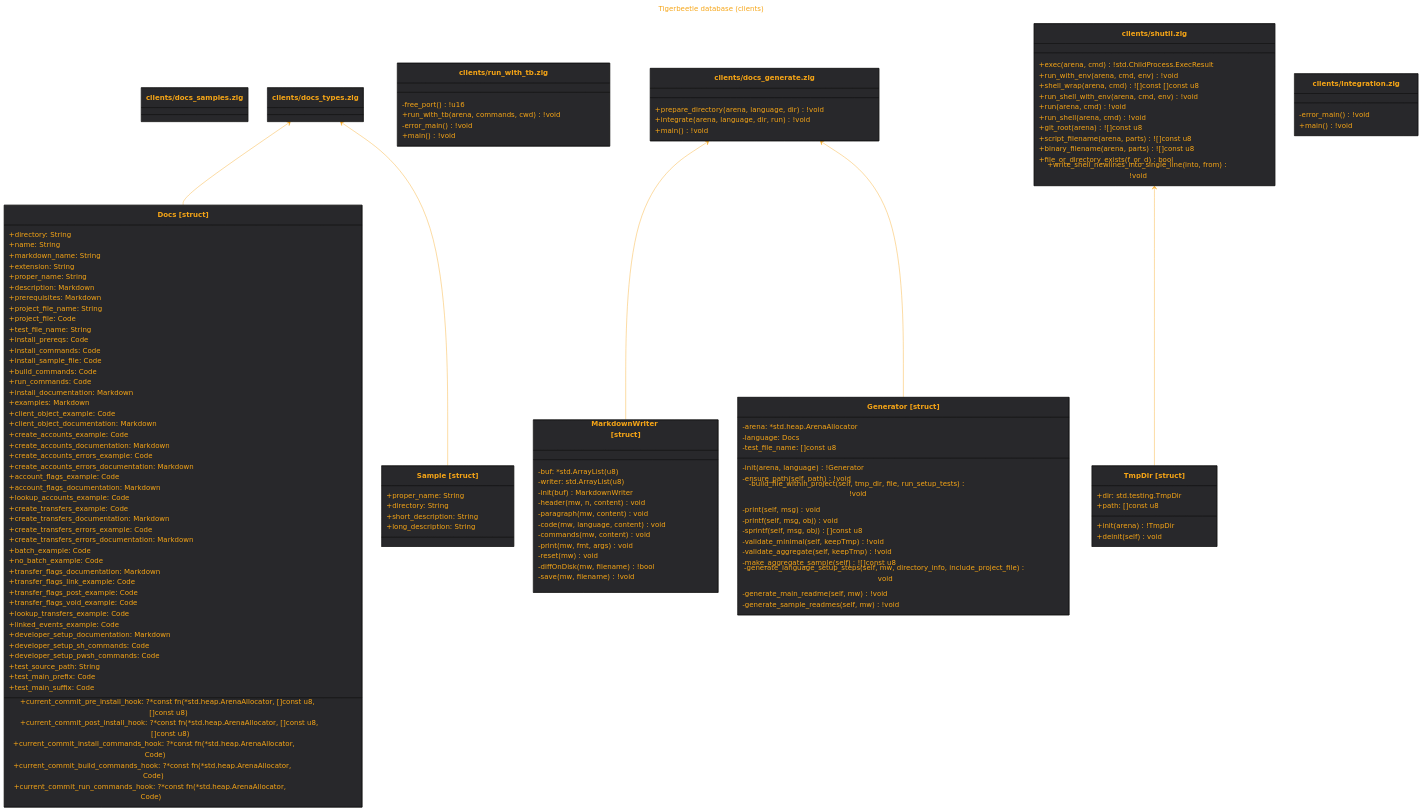
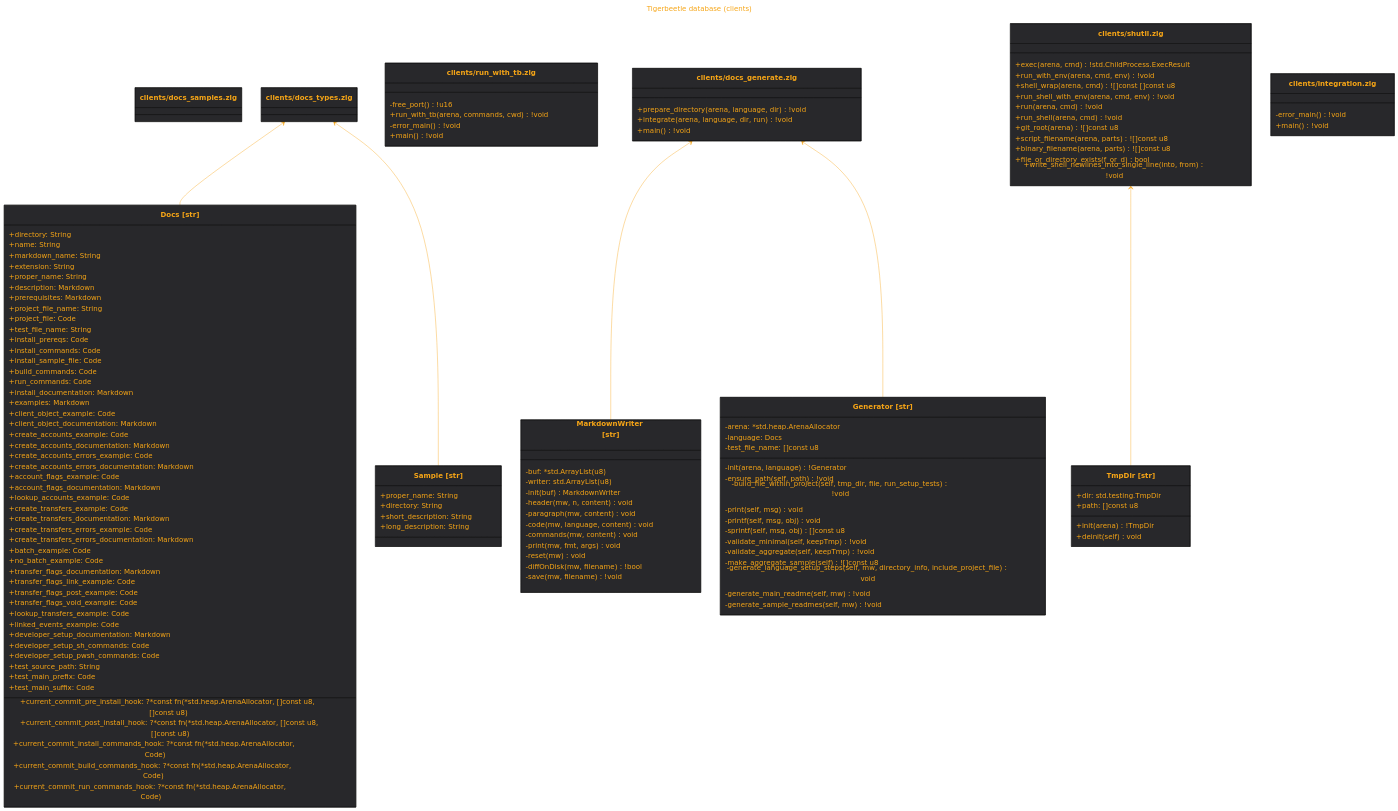
The diagram in out/src.clients.md (tensorush/meduza), drawn with Mermaid before and after one commit. The commit also changed 17 other files, not shown here.

```diff
--- a/out/src.clients.md
+++ b/out/src.clients.md
@@ -17,7 +17,7 @@
 classDiagram
 class `clients/docs_samples.zig`
 link `clients/docs_samples.zig` "https://github.com/tigerbeetle/tigerbeetle/blob/main/src/clients/docs_samples.zig"
-class Docs["Docs [struct]"] {
+class Docs["Docs [str]"] {
     +directory: String
     +name: String
     +markdown_name: String
@@ -69,7 +69,7 @@
     +test_main_suffix: Code
 }
 link Docs "https://github.com/tigerbeetle/tigerbeetle/blob/main/src/clients/docs_types.zig#L13"
-class Sample["Sample [struct]"] {
+class Sample["Sample [str]"] {
     +proper_name: String
     +directory: String
     +short_description: String
@@ -87,7 +87,7 @@
     +main() !void
 }
 link `clients/run_with_tb.zig` "https://github.com/tigerbeetle/tigerbeetle/blob/main/src/clients/run_with_tb.zig"
-class MarkdownWriter["MarkdownWriter [struct]"] {
+class MarkdownWriter["MarkdownWriter [str]"] {
     -buf: *std.ArrayList(u8)
     -writer: std.ArrayList(u8)
     -init(buf) MarkdownWriter
@@ -101,7 +101,7 @@
     -save(mw, filename) !void
 }
 link MarkdownWriter "https://github.com/tigerbeetle/tigerbeetle/blob/main/src/clients/docs_generate.zig#L22"
-class Generator["Generator [struct]"] {
+class Generator["Generator [str]"] {
     -arena: *std.heap.ArenaAllocator
     -language: Docs
     -test_file_name: []const u8
@@ -127,7 +127,7 @@
 `clients/docs_generate.zig` <-- MarkdownWriter
 `clients/docs_generate.zig` <-- Generator
 link `clients/docs_generate.zig` "https://github.com/tigerbeetle/tigerbeetle/blob/main/src/clients/docs_generate.zig"
-class TmpDir["TmpDir [struct]"] {
+class TmpDir["TmpDir [str]"] {
     +dir: std.testing.TmpDir
     +path: []const u8
     +init(arena) !TmpDir
```
